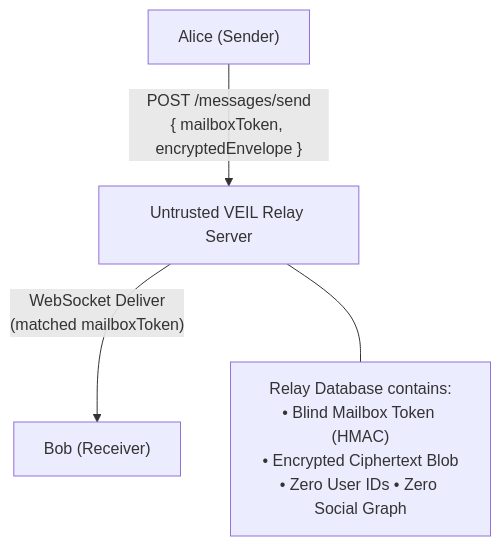
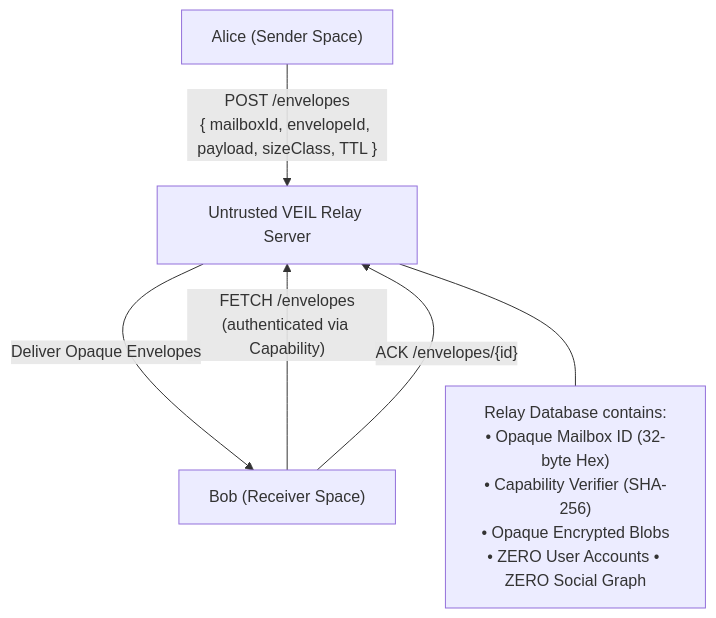
Before and after one commit to earnlets96-cmykear/veil: the diagram in docs/METADATA_MODEL.md, drawn with Mermaid. The commit also changed other lines of this file and 26 other files, not shown here.

Commit message:
feat(phase-3): implement privacy-preserving untrusted transport interface, blind mailboxes, capability verifiers, size classes, and comprehensive test suite

````diff
--- a/docs/METADATA_MODEL.md
+++ b/docs/METADATA_MODEL.md
@@ -19,12 +40,14 @@
 ```mermaid
 graph TD
-    Alice["Alice (Sender)"]
+    Alice["Alice (Sender Space)"]
     Relay["Untrusted VEIL Relay Server"]
-    Bob["Bob (Receiver)"]
+    Bob["Bob (Receiver Space)"]
     
-    Alice -->|"POST /messages/send<br/>{ mailboxToken, encryptedEnvelope }"| Relay
-    Relay -->|"WebSocket Deliver<br/>(matched mailboxToken)"| Bob
+    Alice -->|"POST /envelopes<br/>{ mailboxId, envelopeId, payload, sizeClass, TTL }"| Relay
+    Bob -->|"FETCH /envelopes<br/>(authenticated via Capability)"| Relay
+    Relay -->|"Deliver Opaque Envelopes"| Bob
+    Bob -->|"ACK /envelopes/{id}"| Relay
     
-    note["Relay Database contains:<br/>• Blind Mailbox Token (HMAC)<br/>• Encrypted Ciphertext Blob<br/>• Zero User IDs • Zero Social Graph"]
+    note["Relay Database contains:<br/>• Opaque Mailbox ID (32-byte Hex)<br/>• Capability Verifier (SHA-256)<br/>• Opaque Encrypted Blobs<br/>• ZERO User Accounts • ZERO Social Graph"]
     Relay --- note
 ```
````
